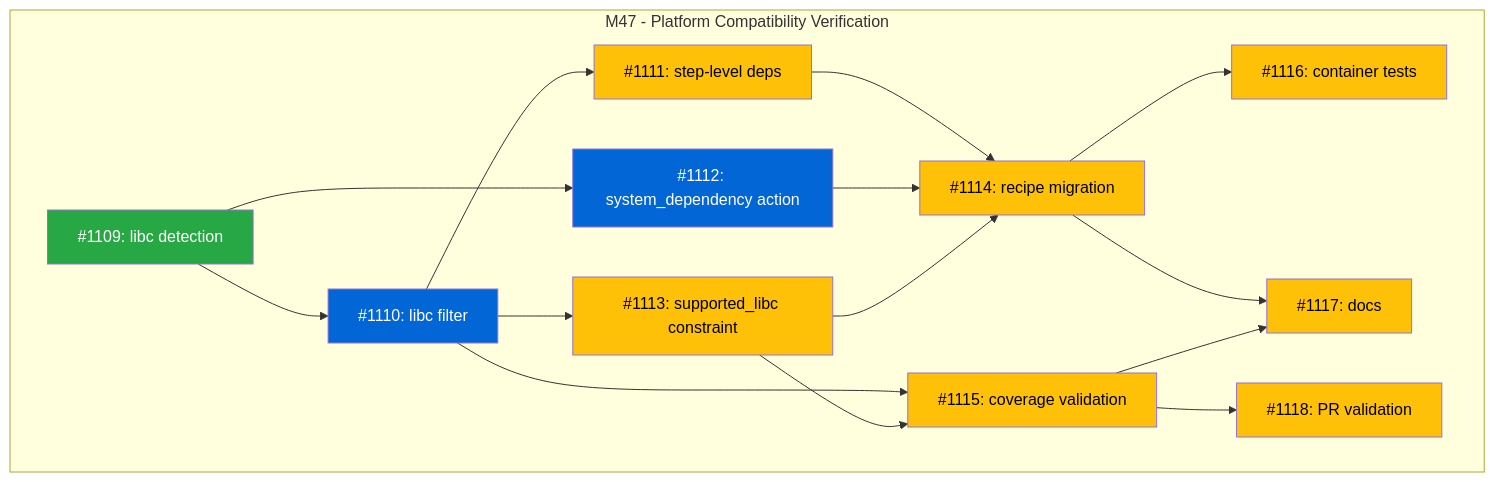
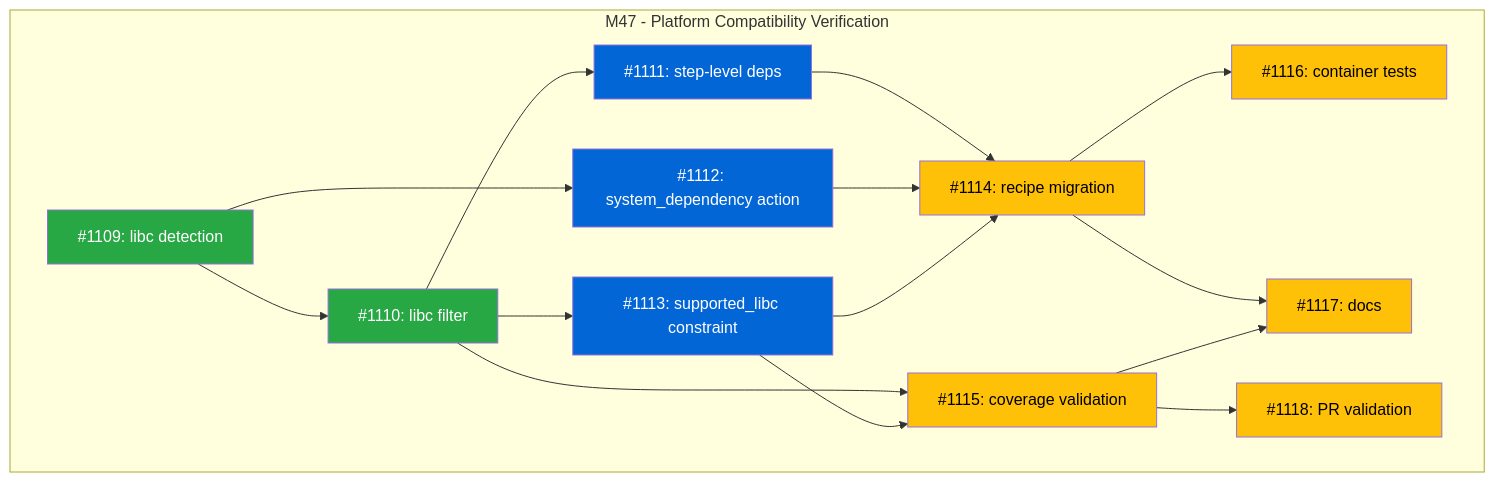
The diagram in docs/designs/DESIGN-platform-compatibility-verification.md (tsukumogami/tsuku), drawn with Mermaid before and after one commit. The commit also changed 3 other files, not shown here.

First line of the commit message:
feat(recipe): add libc filter to recipe conditional system (#1123)

````diff
--- a/docs/designs/DESIGN-platform-compatibility-verification.md
+++ b/docs/designs/DESIGN-platform-compatibility-verification.md
@@ -29,34 +29,34 @@
 ```mermaid
 graph TD
     subgraph "M47 - Platform Compatibility Verification"
         I1109["#1109: libc detection"]:::done
-        I1110["#1110: libc filter"]:::ready
-        I1111["#1111: step-level deps"]:::blocked
+        I1110["#1110: libc filter"]:::done
+        I1111["#1111: step-level deps"]:::ready
         I1112["#1112: system_dependency action"]:::ready
-        I1113["#1113: supported_libc constraint"]:::blocked
+        I1113["#1113: supported_libc constraint"]:::ready
         I1114["#1114: recipe migration"]:::blocked
         I1115["#1115: coverage validation"]:::blocked
         I1116["#1116: container tests"]:::blocked
         I1117["#1117: docs"]:::blocked
         I1118["#1118: PR validation"]:::blocked
 
         I1109 --> I1110
         I1109 --> I1112
         I1110 --> I1111
         I1110 --> I1113
         I1110 --> I1115
         I1111 --> I1114
         I1112 --> I1114
         I1113 --> I1114
         I1113 --> I1115
         I1114 --> I1116
         I1114 --> I1117
         I1115 --> I1117
         I1115 --> I1118
     end
 
     classDef done fill:#28a745,color:#fff
     classDef ready fill:#0366d6,color:#fff
     classDef blocked fill:#ffc107,color:#000
     classDef needsDesign fill:#6f42c1,color:#fff
 ```
````
